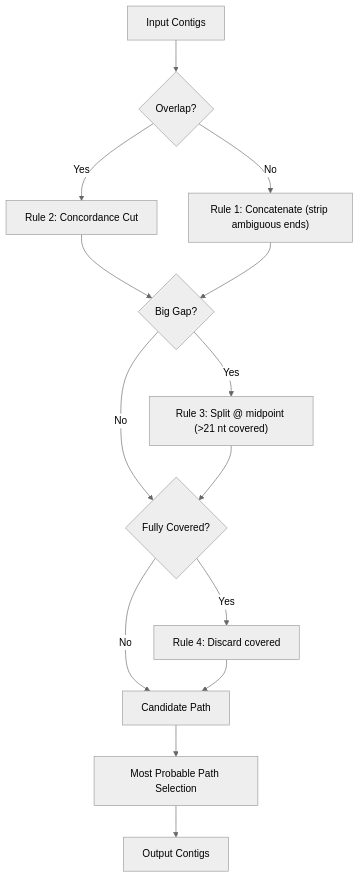
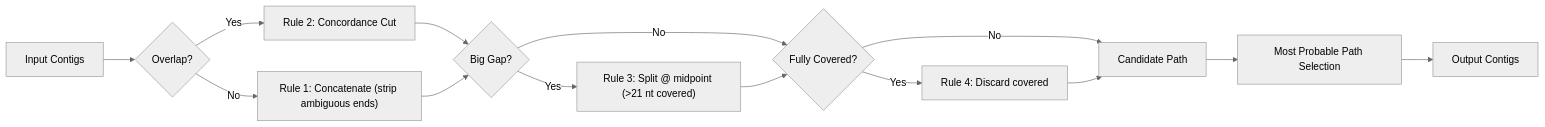
Before and after one commit to Donaim/miseq-workflow-pres: the diagram in slides.md, drawn with Mermaid (neutral theme). The commit also changed other lines of this file, not shown here.

````diff
--- a/slides.md
+++ b/slides.md
@@ -153,16 +153,16 @@
 ```mermaid
-flowchart TD
+flowchart LR
   A[Input Contigs] --> B{"Overlap?"}
   B -- No --> C["Rule 1: Concatenate (strip ambiguous ends)"]
   B -- Yes --> D["Rule 2: Concordance Cut"]
   D --> E{"Big Gap?"}
   C --> E
   E -- Yes --> F["Rule 3: Split @ midpoint (>21 nt covered)"]
   E -- No --> G{"Fully Covered?"}
   F --> G
   G -- Yes --> H["Rule 4: Discard covered"]
   G -- No --> I["Candidate Path"]
   H --> I
   I --> J["Most Probable Path Selection"]
   J --> K["Output Contigs"]
 ```
````
